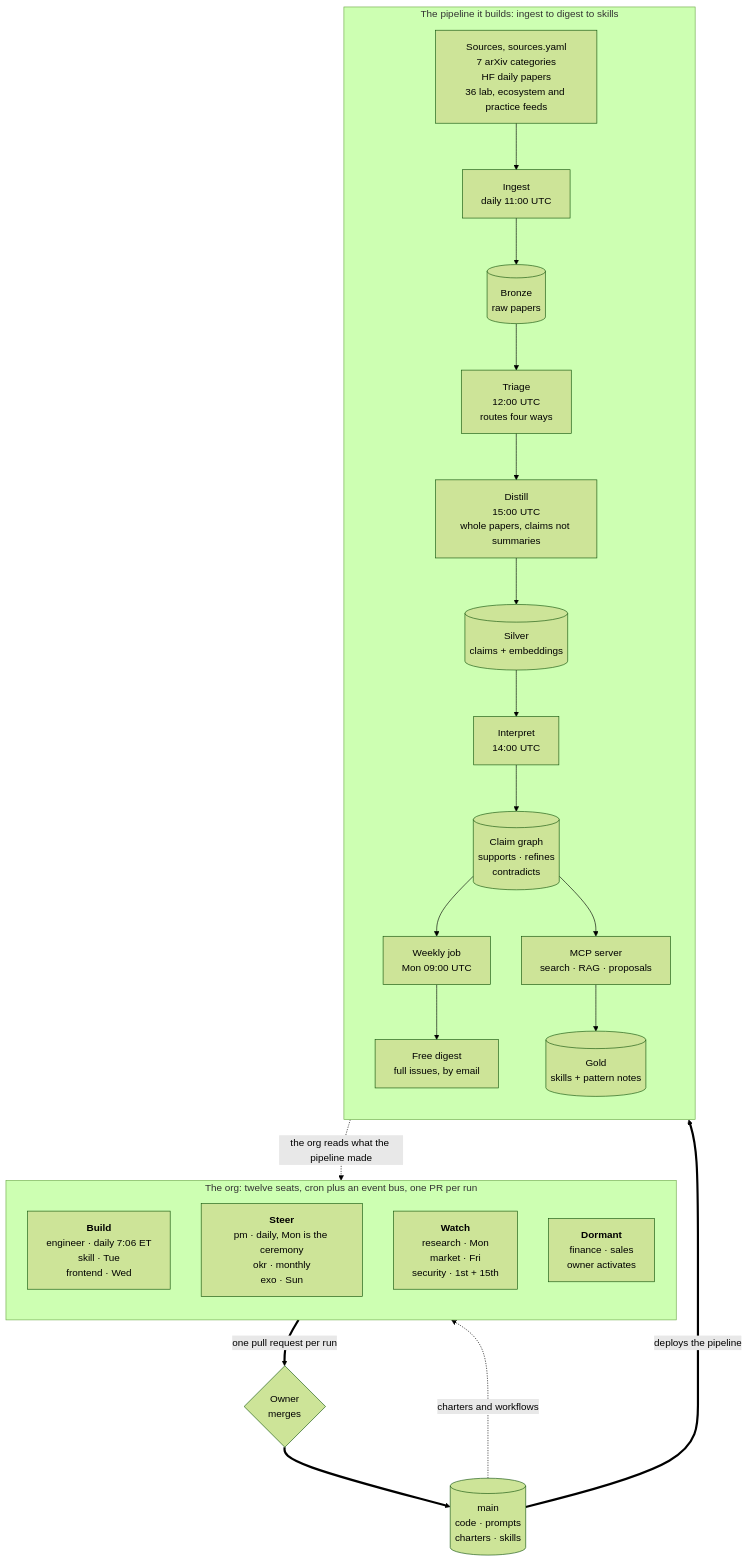
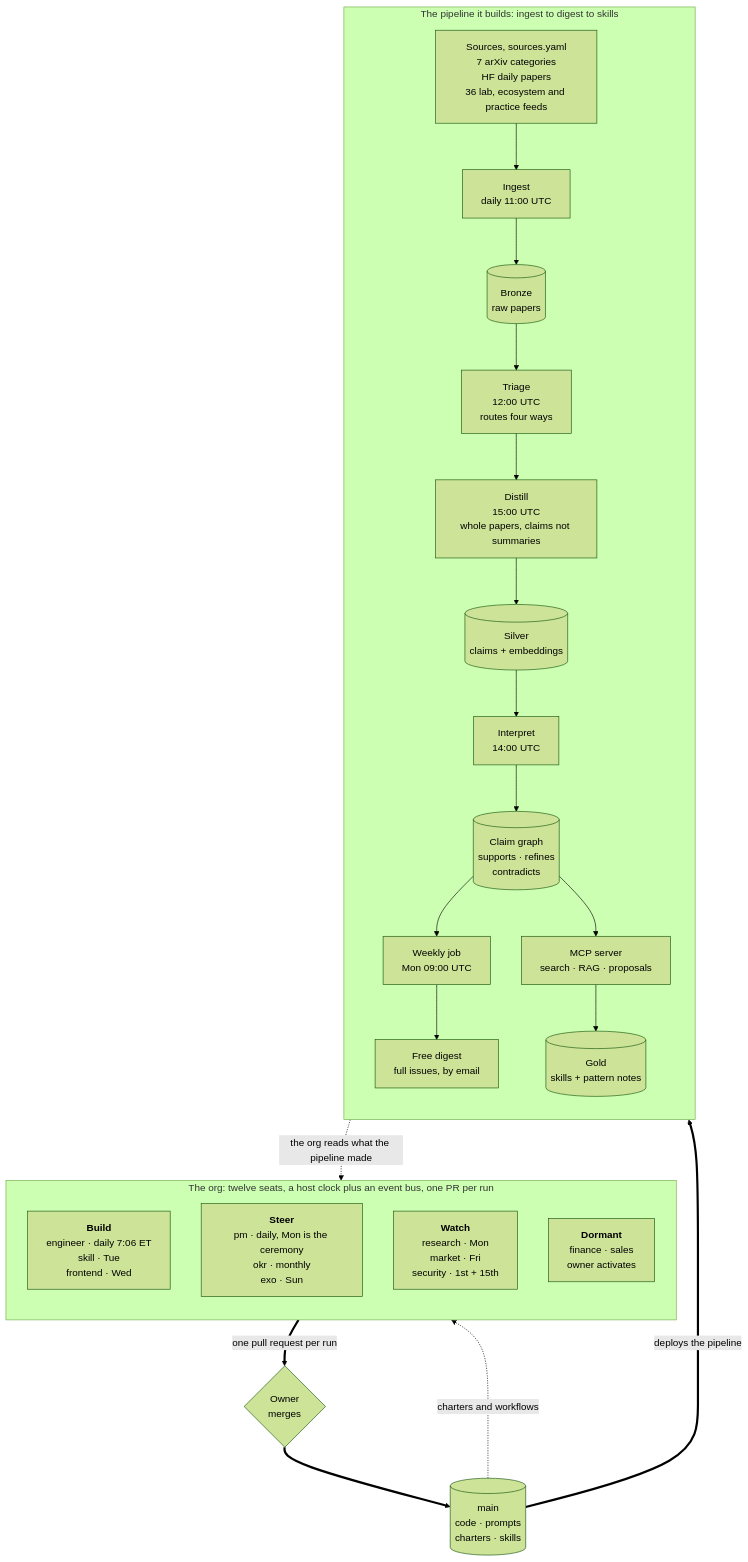
The first of 2 diagrams in README.md (alexandrapaiz/alexandria), drawn with Mermaid (forest theme) before and after one commit. The commit also changed other lines of this file and 1 other file, not shown here.

First line of the commit message:
README: the clock left GitHub, so the two diagrams and six prose claims that said otherwise are corrected

````diff
--- a/README.md
+++ b/README.md
@@ -57,36 +60,36 @@
 ```mermaid
 flowchart TB
-    subgraph ORG["The org: twelve seats, cron plus an event bus, one PR per run"]
+    subgraph ORG["The org: twelve seats, a host clock plus an event bus, one PR per run"]
         direction TB
         BUILD["<b>Build</b><br/>engineer · daily 7:06 ET<br/>skill · Tue<br/>frontend · Wed"]
         STEER["<b>Steer</b><br/>pm · daily, Mon is the ceremony<br/>okr · monthly<br/>exo · Sun"]
         WATCH["<b>Watch</b><br/>research · Mon<br/>market · Fri<br/>security · 1st + 15th"]
         DORM["<b>Dormant</b><br/>finance · sales<br/>owner activates"]
     end
 
     subgraph PIPE["The pipeline it builds: ingest to digest to skills"]
         direction TB
         SRC["Sources, sources.yaml<br/>7 arXiv categories<br/>HF daily papers<br/>36 lab, ecosystem and practice feeds"]
         ING["Ingest<br/>daily 11:00 UTC"]
         BR[("Bronze<br/>raw papers")]
         TRI["Triage<br/>12:00 UTC<br/>routes four ways"]
         DIS["Distill<br/>15:00 UTC<br/>whole papers, claims not summaries"]
         SIL[("Silver<br/>claims + embeddings")]
         INT["Interpret<br/>14:00 UTC"]
         GR[("Claim graph<br/>supports · refines<br/>contradicts")]
         WK["Weekly job<br/>Mon 09:00 UTC"]
         DIGEST["Free digest<br/>full issues, by email"]
         MCP["MCP server<br/>search · RAG · proposals"]
         GOLD[("Gold<br/>skills + pattern notes")]
 
         SRC --> ING --> BR --> TRI --> DIS --> SIL --> INT --> GR
         GR --> WK --> DIGEST
         GR --> MCP --> GOLD
     end
 
     ORG ==>|"one pull request per run"| GATE{"Owner<br/>merges"}
     GATE ==> MAIN[("main<br/>code · prompts<br/>charters · skills")]
     MAIN ==>|"deploys the pipeline"| PIPE
     MAIN -.->|"charters and workflows"| ORG
     PIPE -.->|"the org reads what the pipeline made"| ORG
 ```
````
